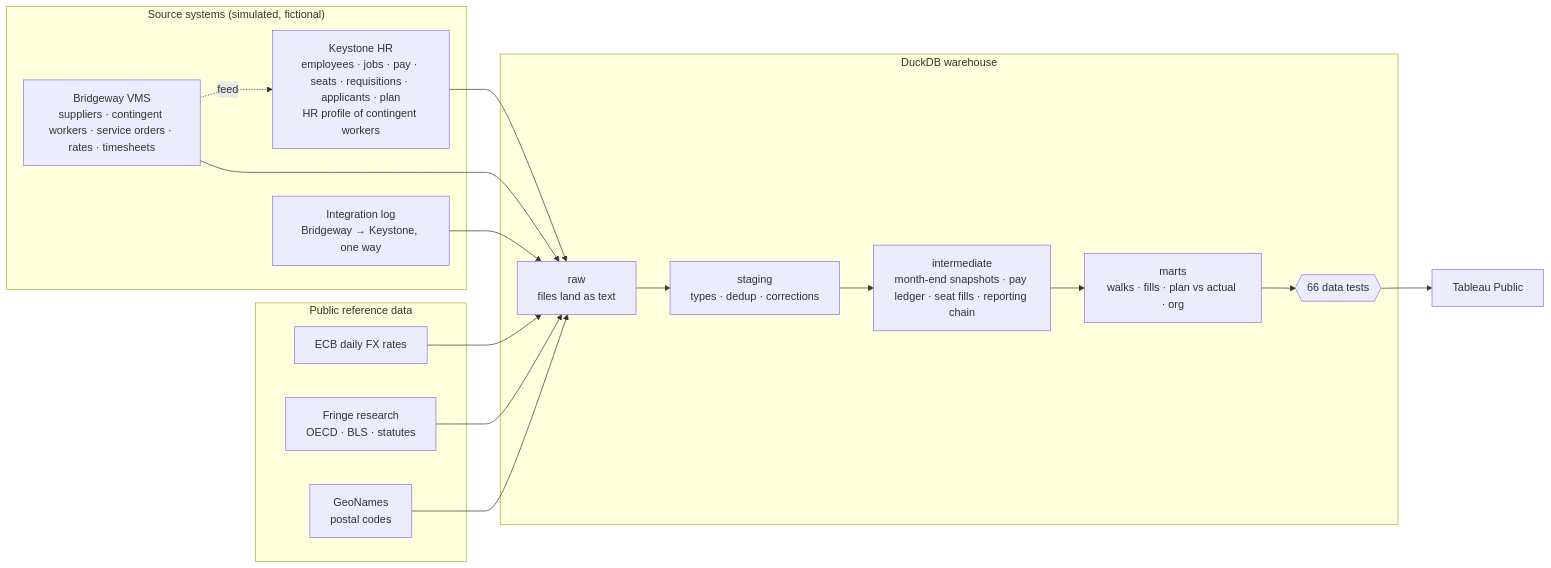
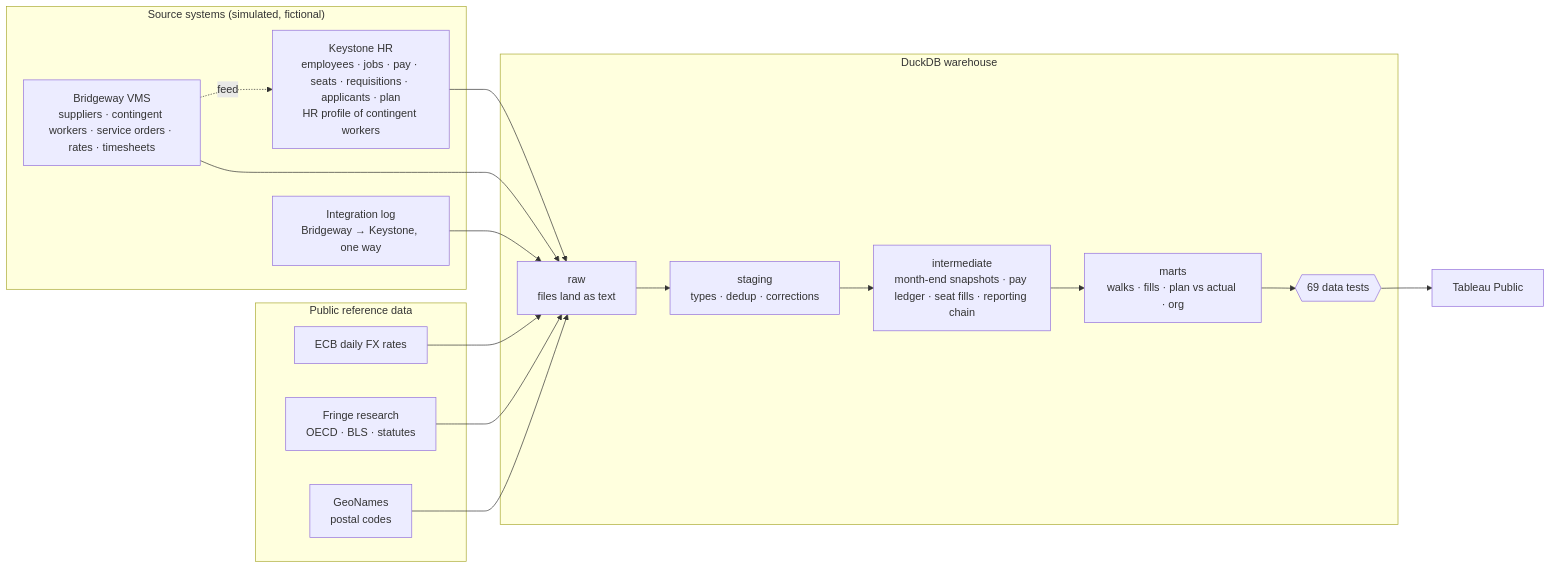
One commit to thialp/people-analytics-warehouse changed the first of 2 diagrams in README.md. Above: the diagram before and after it, drawn with Mermaid. The commit also changed other lines of this file and 34 other files, not shown here.

````diff
--- a/README.md
+++ b/README.md
@@ -38,29 +38,29 @@
 ```mermaid
 flowchart LR
     subgraph Sources["Source systems (simulated, fictional)"]
         HR["Keystone HR<br/>employees · jobs · pay · seats · requisitions · applicants · plan<br/>HR profile of contingent workers"]
         VMS["Bridgeway VMS<br/>suppliers · contingent workers · service orders · rates · timesheets"]
         FEED["Integration log<br/>Bridgeway → Keystone, one way"]
     end
     subgraph Public["Public reference data"]
         ECB["ECB daily FX rates"]
         FRG["Fringe research<br/>OECD · BLS · statutes"]
         GEO["GeoNames<br/>postal codes"]
     end
     subgraph WH["DuckDB warehouse"]
         RAW["raw<br/>files land as text"]
         STG["staging<br/>types · dedup · corrections"]
         INT["intermediate<br/>month-end snapshots · pay ledger · seat fills · reporting chain"]
         MART["marts<br/>walks · fills · plan vs actual · org"]
-        TEST{{"66 data tests"}}
+        TEST{{"69 data tests"}}
     end
     TAB["Tableau Public"]
     VMS -. feed .-> HR
     HR --> RAW
     VMS --> RAW
     FEED --> RAW
     ECB --> RAW
     FRG --> RAW
     GEO --> RAW
     RAW --> STG --> INT --> MART --> TEST --> TAB
 ```
````
